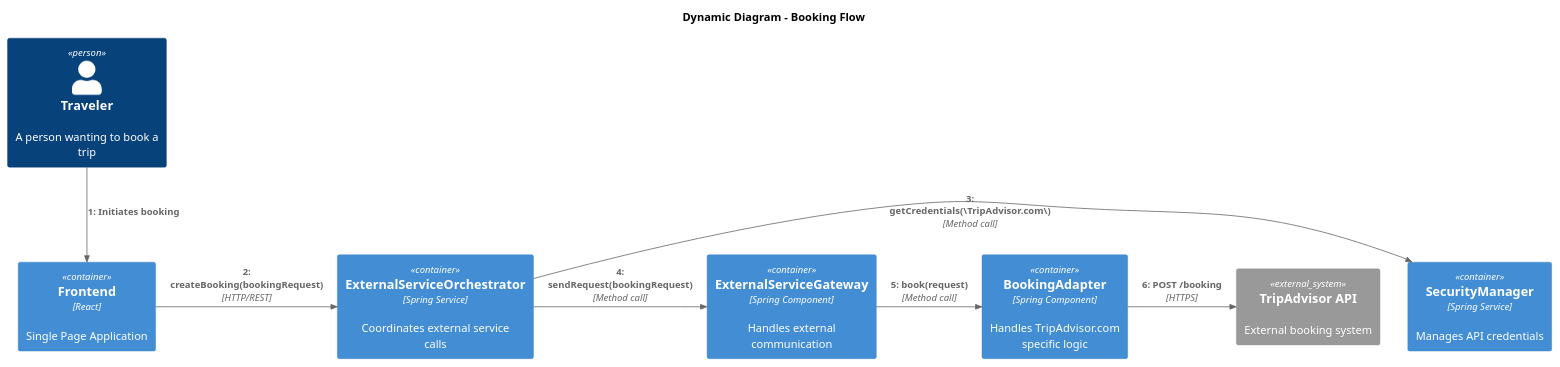
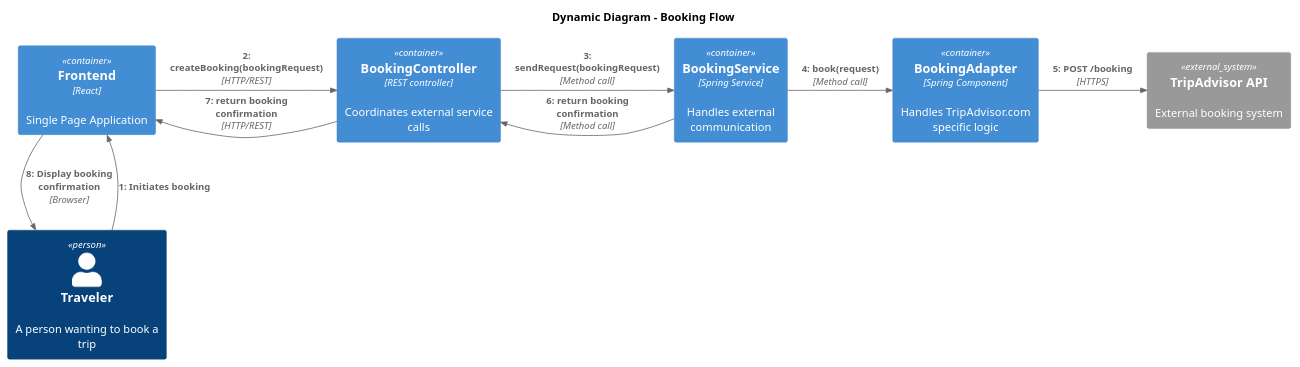
The diagram in software-guidebook/dynamic-diagram/dynamic-booking-diagram.puml (AIM-ENE-feb25/triptop-groep-b1), drawn with PlantUML before and after one commit. The commit also changed 6 other files, not shown here.

Commit message:
diagrams toegevoegd aan het guidebook

```diff
--- a/software-guidebook/dynamic-diagram/dynamic-booking-diagram.puml
+++ b/software-guidebook/dynamic-diagram/dynamic-booking-diagram.puml
@@ -1,21 +1,22 @@
 @startuml
 !include https://raw.githubusercontent.com/plantuml-stdlib/C4-PlantUML/master/C4_Dynamic.puml
 
 title Dynamic Diagram - Booking Flow
 
 Person(traveler, "Traveler", "A person wanting to book a trip")
 Container(spa, "Frontend", "React", "Single Page Application")
-Container(orchestrator, "ExternalServiceOrchestrator", "Spring Service", "Coordinates external service calls")
-Container(security, "SecurityManager", "Spring Service", "Manages API credentials")
-Container(gateway, "ExternalServiceGateway", "Spring Component", "Handles external communication")
+Container(Controller, "BookingController", "REST controller", "Coordinates external service calls")
+Container(Service, "BookingService", "Spring Service", "Handles external communication")
 Container(adapter, "BookingAdapter", "Spring Component", "Handles TripAdvisor.com specific logic")
 System_Ext(bookingApi, "TripAdvisor API", "External booking system")
 
 Rel_D(traveler, spa, "Initiates booking")
-Rel_R(spa, orchestrator, "createBooking(bookingRequest)", "HTTP/REST")
-Rel_R(orchestrator, security, "getCredentials(\TripAdvisor.com\)", "Method call")
-Rel_R(orchestrator, gateway, "sendRequest(bookingRequest)", "Method call")
-Rel_R(gateway, adapter, "book(request)", "Method call")
+Rel_R(spa, Controller, "createBooking(bookingRequest)", "HTTP/REST")
+Rel_R(Controller, Service, "sendRequest(bookingRequest)", "Method call")
+Rel_R(Service, adapter, "book(request)", "Method call")
 Rel_R(adapter, bookingApi, "POST /booking", "HTTPS")
+Rel_R(Service, Controller, "return booking confirmation", "Method call")
+Rel_R(Controller, spa, "return booking confirmation", "HTTP/REST")
+Rel_R(spa, traveler, "Display booking confirmation", "Browser")
 
 @enduml
```
